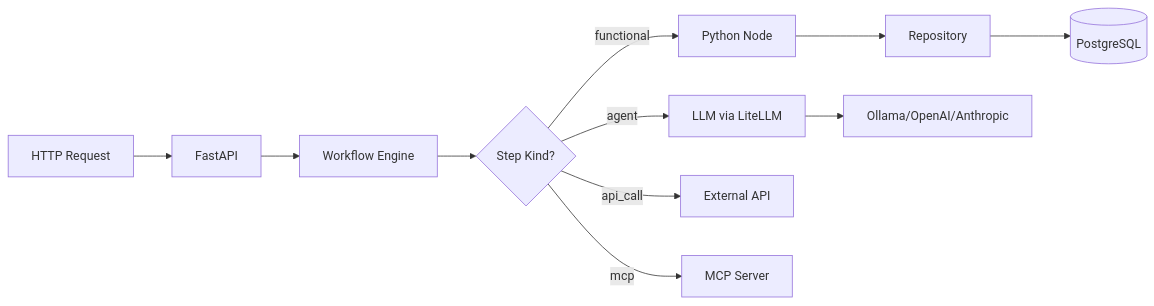
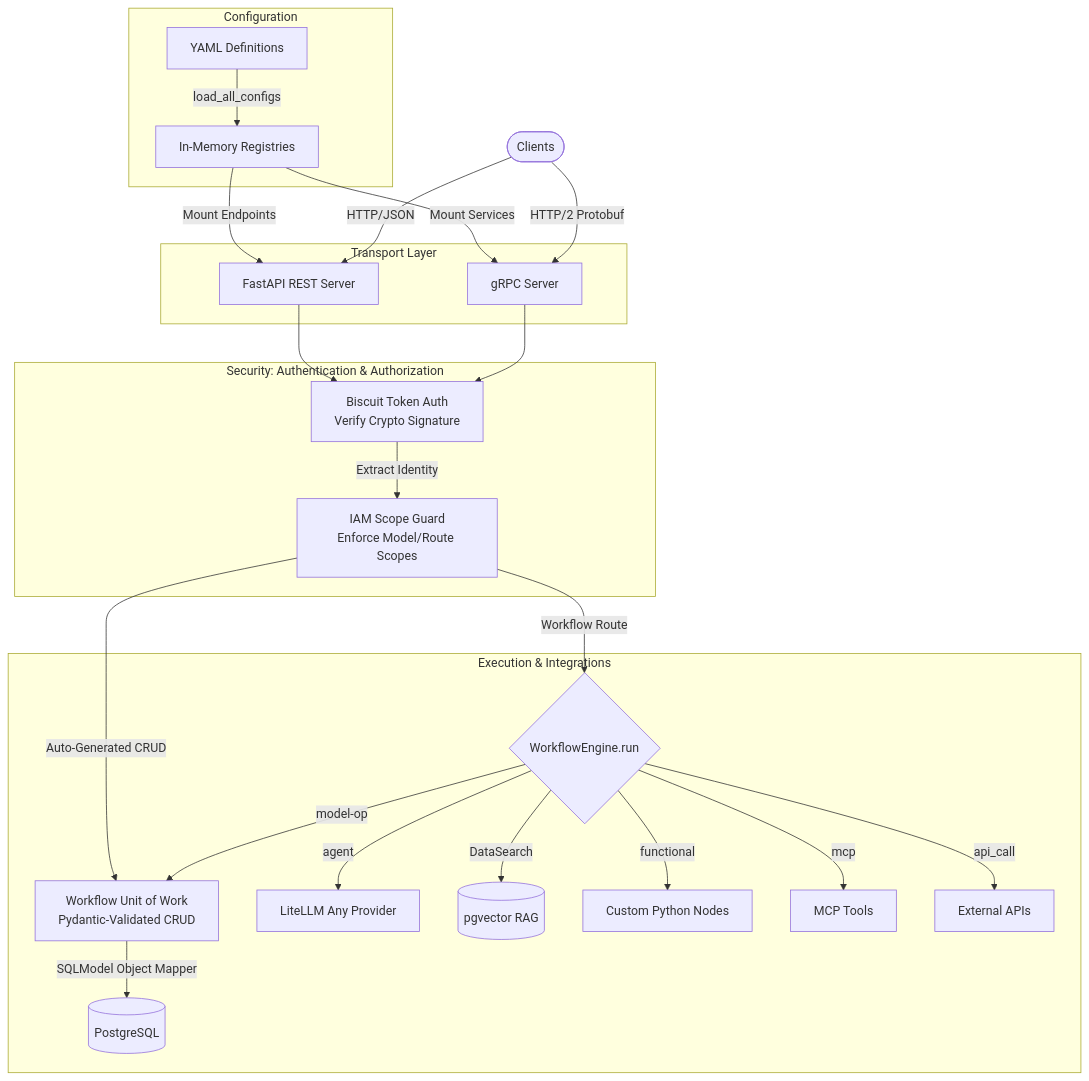
Before and after one commit to tuvl-io/docs: the diagram in docs/index.md, drawn with Mermaid. The commit also changed other lines of this file and 9 other files, not shown here.

Commit message:
docs: add AI agent documentation and skill files, update architecture diagrams, and include phone number support in IAM modules.

````diff
--- a/docs/index.md
+++ b/docs/index.md
@@ -115,13 +115,33 @@
 ```mermaid
-graph LR
-    A[HTTP Request] --> B[FastAPI]
-    B --> C[Workflow Engine]
-    C --> D{Step Kind?}
-    D -->|functional| E[Python Node]
-    D -->|agent| F[LLM via LiteLLM]
-    D -->|api_call| G[External API]
-    D -->|mcp| H[MCP Server]
-    E --> I[Repository]
-    I --> J[(PostgreSQL)]
-    F --> K[Ollama/OpenAI/Anthropic]
+flowchart TD
+    subgraph Configuration
+        YAML[YAML Definitions] -->|load_all_configs| Reg[In-Memory Registries]
+    end
+
+    subgraph Transport Layer
+        Reg -->|Mount Endpoints| REST[FastAPI REST Server]
+        Reg -->|Mount Services| GRPC[gRPC Server]
+    end
+
+    Client([Clients]) -->|HTTP/JSON| REST
+    Client -->|HTTP/2 Protobuf| GRPC
+
+    subgraph Security: Authentication & Authorization
+        REST --> Auth[Biscuit Token Auth<br>Verify Crypto Signature]
+        GRPC --> Auth
+        Auth -->|Extract Identity| AuthZ[IAM Scope Guard<br>Enforce Model/Route Scopes]
+    end
+
+    AuthZ -->|Workflow Route| Engine{WorkflowEngine.run}
+    AuthZ -->|Auto-Generated CRUD| UoW[Workflow Unit of Work<br>Pydantic-Validated CRUD]
+
+    subgraph Execution & Integrations
+        Engine -->|model-op| UoW
+        UoW -->|SQLModel Object Mapper| PG[(PostgreSQL)]
+        Engine -->|agent| LLM[LiteLLM Any Provider]
+        Engine -->|DataSearch| RAG[(pgvector RAG)]
+        Engine -->|functional| Nodes[Custom Python Nodes]
+        Engine -->|mcp| MCP[MCP Tools]
+        Engine -->|api_call| ExtAPI[External APIs]
+    end
 ```
````
